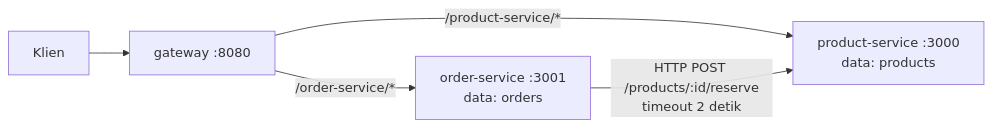
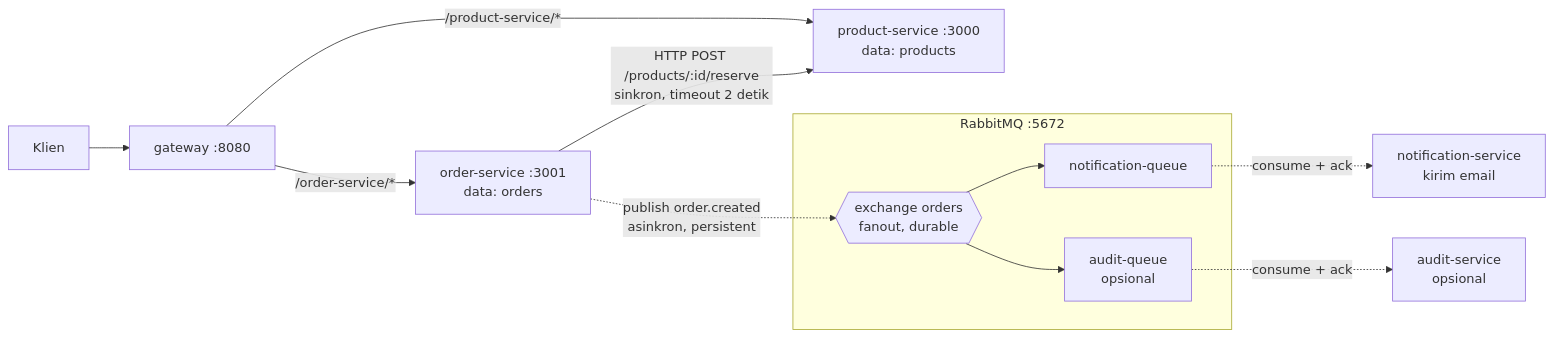
The diagram in diagram-arsitektur.md (whosblub/PRAKTIKUM-WEB-SERVICE), drawn with Mermaid before and after one commit. The commit also changed other lines of this file and 21 other files, not shown here.

````diff
--- a/diagram-arsitektur.md
+++ b/diagram-arsitektur.md
@@ -3,7 +3,14 @@
 ```mermaid
 flowchart LR
     K[Klien] --> G[gateway :8080]
     G -->|/product-service/*| P[product-service :3000<br/>data: products]
     G -->|/order-service/*| O[order-service :3001<br/>data: orders]
-    O -->|HTTP POST /products/:id/reserve<br/>timeout 2 detik| P
+    O -->|HTTP POST /products/:id/reserve<br/>sinkron, timeout 2 detik| P
+    O -.->|publish order.created<br/>asinkron, persistent| X{{exchange orders<br/>fanout, durable}}
+    subgraph MQ["RabbitMQ :5672"]
+      X --> Q1[notification-queue]
+      X --> Q2[audit-queue<br/>opsional]
+    end
+    Q1 -.->|consume + ack| N[notification-service<br/>kirim email]
+    Q2 -.->|consume + ack| A[audit-service<br/>opsional]
 ```
````
